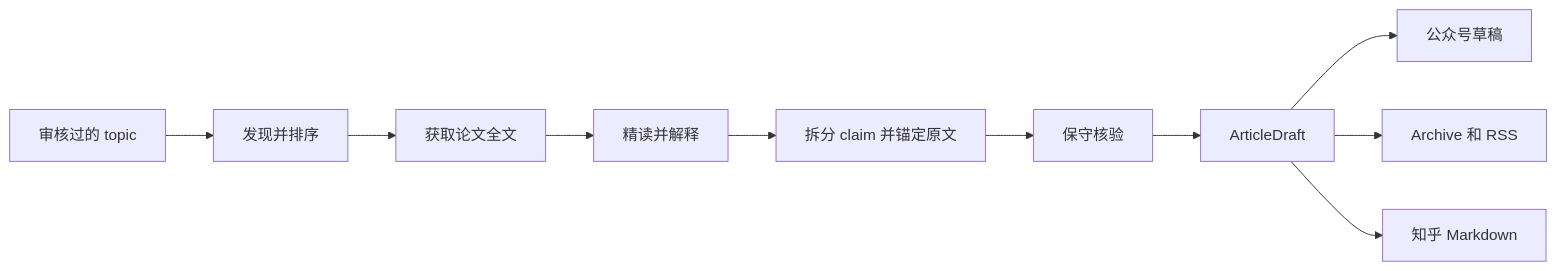
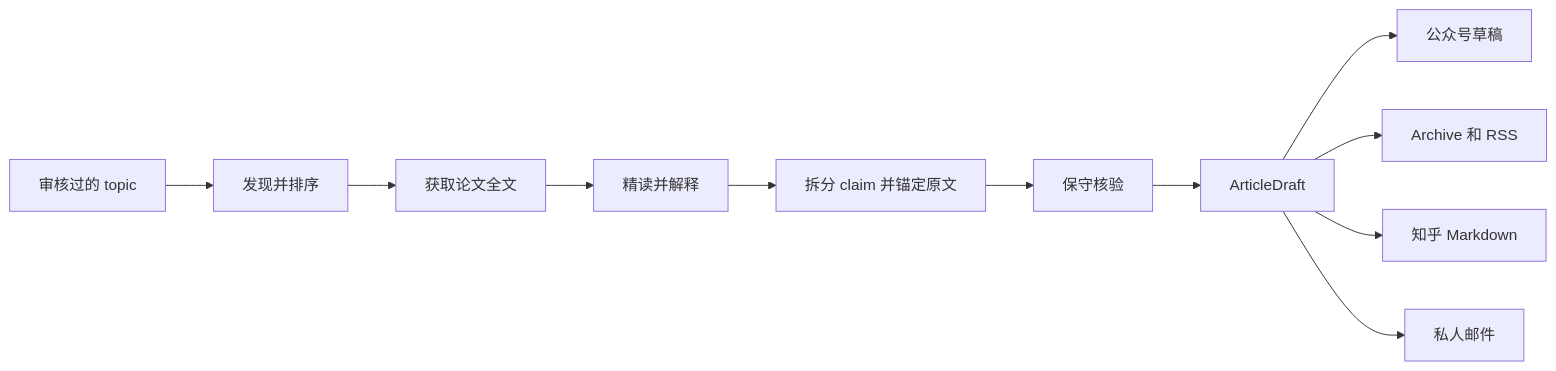
One commit to SleepyLGod/research-radar changed the diagram in README.zh-CN.md. Above: the diagram before and after it, drawn with Mermaid. The commit also changed other lines of this file and 4 other files, not shown here.

````diff
--- a/README.zh-CN.md
+++ b/README.zh-CN.md
@@ -31,12 +31,13 @@
 ```mermaid
 flowchart LR
     A["审核过的 topic"] --> B["发现并排序"]
     B --> C["获取论文全文"]
     C --> D["精读并解释"]
     D --> E["拆分 claim 并锚定原文"]
     E --> F["保守核验"]
     F --> G["ArticleDraft"]
     G --> H["公众号草稿"]
     G --> I["Archive 和 RSS"]
     G --> J["知乎 Markdown"]
+    G --> K["私人邮件"]
 ```
````
